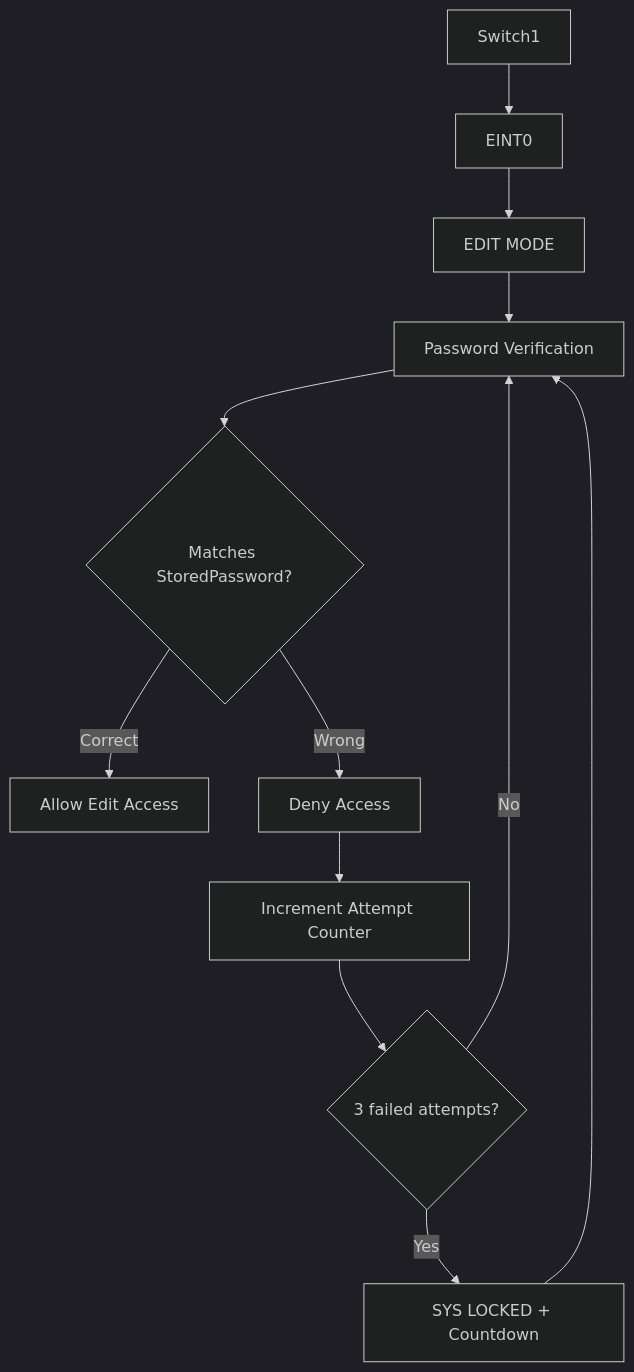
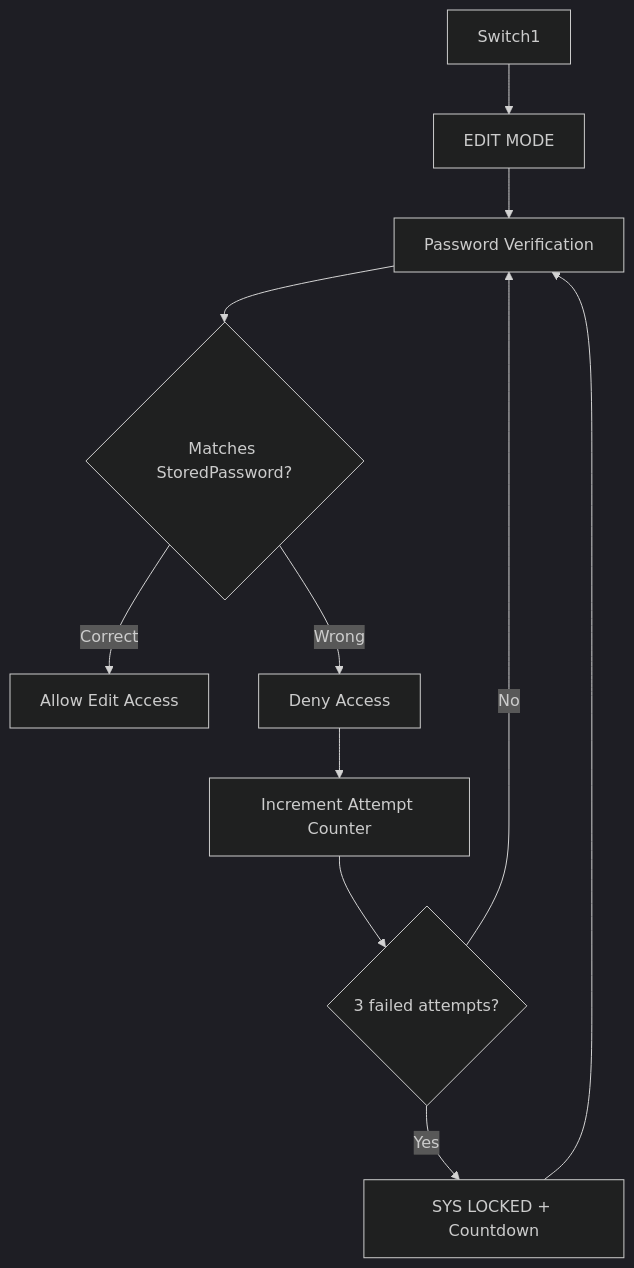
Before and after one commit to HariKrishna-1713/Kitchen-Safety-Heat-and-Gas-Monitoring-System: the sixth of 8 diagrams in README.md, drawn with Mermaid (dark theme). The commit also changed other lines of this file, not shown here.

Commit message:
Update README for Switch1 terminology and formatting

````diff
--- a/README.md
+++ b/README.md
@@ -223,14 +350,13 @@
 ```mermaid
 flowchart TD
-    SW1[Switch1] --> EINT0
-    EINT0 --> EM[EDIT MODE]
+    SW1[Switch1] --> EM[EDIT MODE]
     EM --> PV[Password Verification]
     PV --> CMP{Matches StoredPassword?}
     CMP -- Correct --> ALLOW[Allow Edit Access]
     CMP -- Wrong --> DENY[Deny Access]
     DENY --> CNT[Increment Attempt Counter]
     CNT --> LIM{3 failed attempts?}
     LIM -- No --> PV
     LIM -- Yes --> LOCK[SYS LOCKED + Countdown]
     LOCK --> PV
 ```
````
